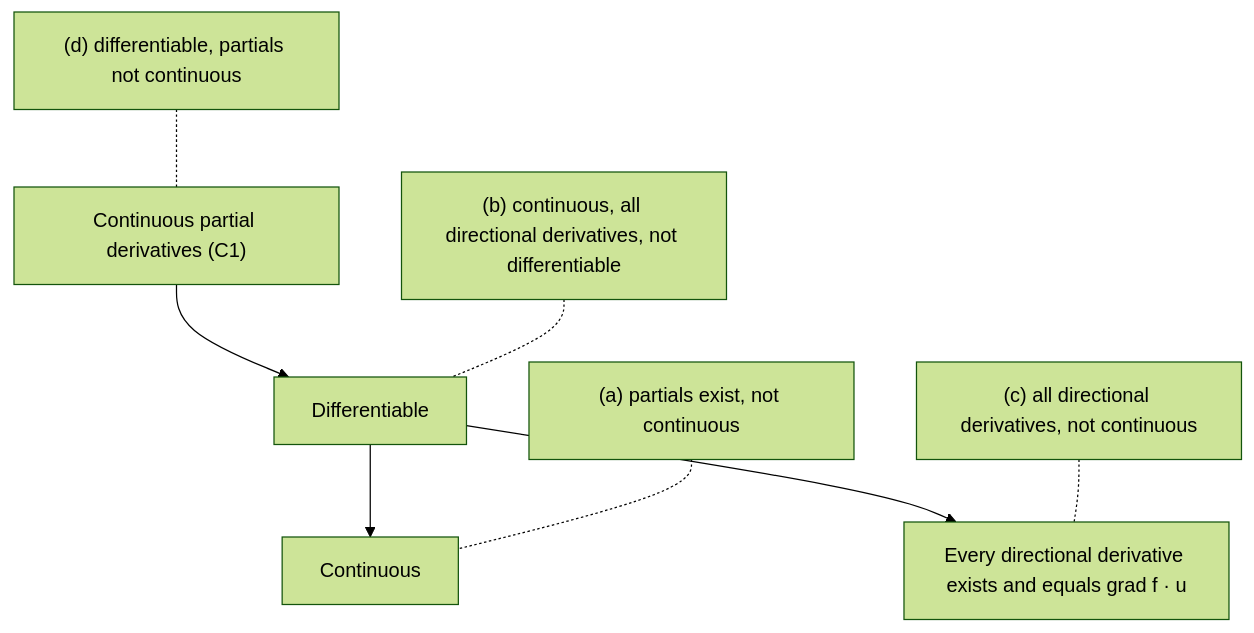
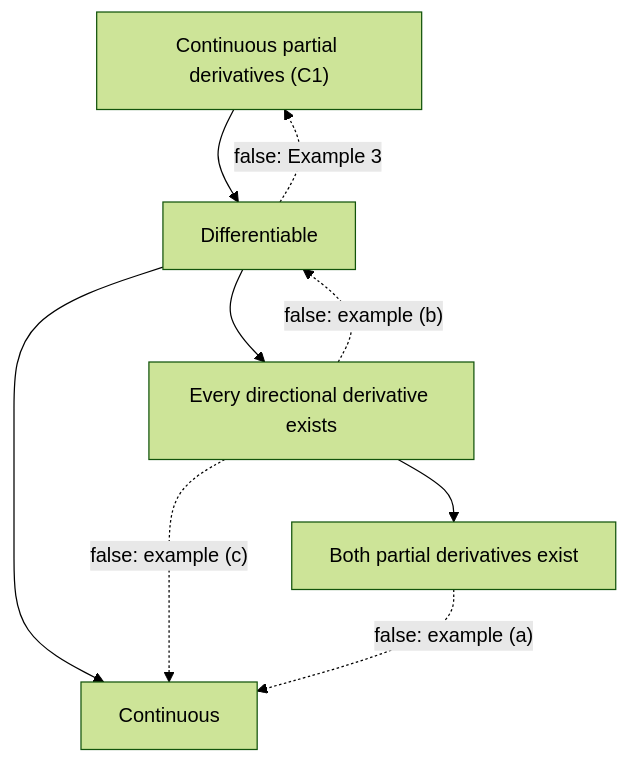
Before and after one commit to Aziliz/erudior: the diagram in content/math/multivariable/lessons/16h1-differentiability.md, drawn with Mermaid (forest theme). The commit also changed 7 other files, not shown here.

````diff
--- a/content/math/multivariable/lessons/16h1-differentiability.md
+++ b/content/math/multivariable/lessons/16h1-differentiability.md
@@ -102,12 +102,13 @@
 ```mermaid
 flowchart TD
   accTitle: What implies what, with the counterexamples
-  accDescr: Continuous partial derivatives imply differentiability. Differentiability implies continuity, and it implies that every directional derivative exists and equals the gradient dotted with u. None of these arrows reverses. Example a, xy over x squared plus y squared, has both partials but is not continuous. Example b, x squared y over x squared plus y squared, is continuous with every directional derivative, but is not differentiable. Example c, x y squared over x squared plus y to the fourth, has every directional derivative but is not continuous. Example d, r squared times sine of 1 over r, is differentiable but its partials are not continuous.
+  accDescr: Solid arrows are theorems. Continuous partial derivatives (C1) imply differentiable. Differentiable implies continuous, and implies that every directional derivative exists. Every directional derivative existing implies both partials exist. Dotted arrows are the reverse implications, each false, with the counterexample that breaks it. Differentiable does not imply C1: Example 3. All directional derivatives existing does not imply differentiable: example b. All directional derivatives existing does not imply continuous: example c. Both partials existing does not imply continuous: example a.
   A["Continuous partial derivatives (C1)"] --> B["Differentiable"]
   B --> C["Continuous"]
-  B --> D["Every directional derivative exists and equals grad f · u"]
-  X1["(a) partials exist, not continuous"] -.- C
-  X2["(b) continuous, all directional derivatives, not differentiable"] -.- B
-  X3["(c) all directional derivatives, not continuous"] -.- D
-  X4["(d) differentiable, partials not continuous"] -.- A
+  B --> D["Every directional derivative exists"]
+  D --> E["Both partial derivatives exist"]
+  B -. "false: Example 3" .-> A
+  D -. "false: example (b)" .-> B
+  D -. "false: example (c)" .-> C
+  E -. "false: example (a)" .-> C
 ```
````
